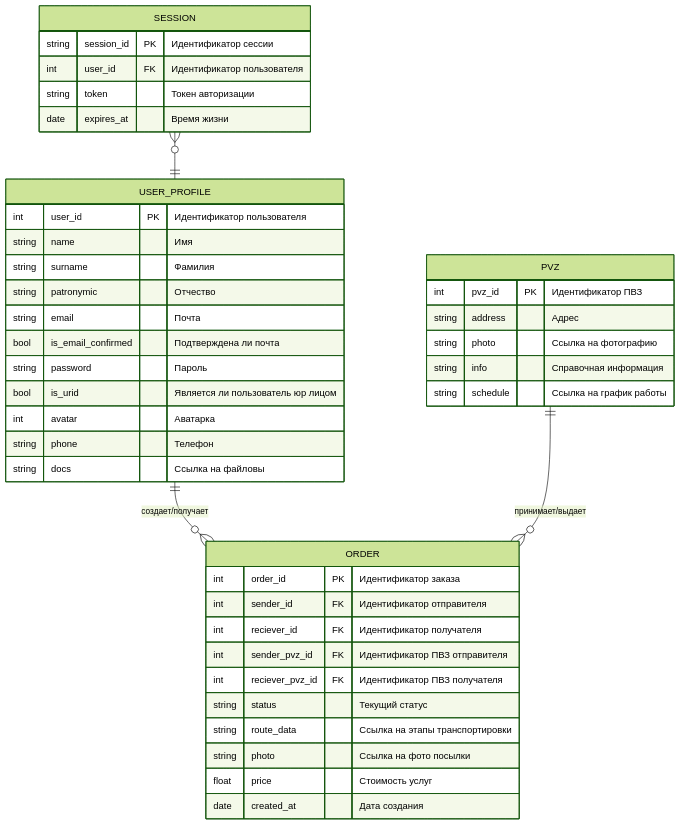
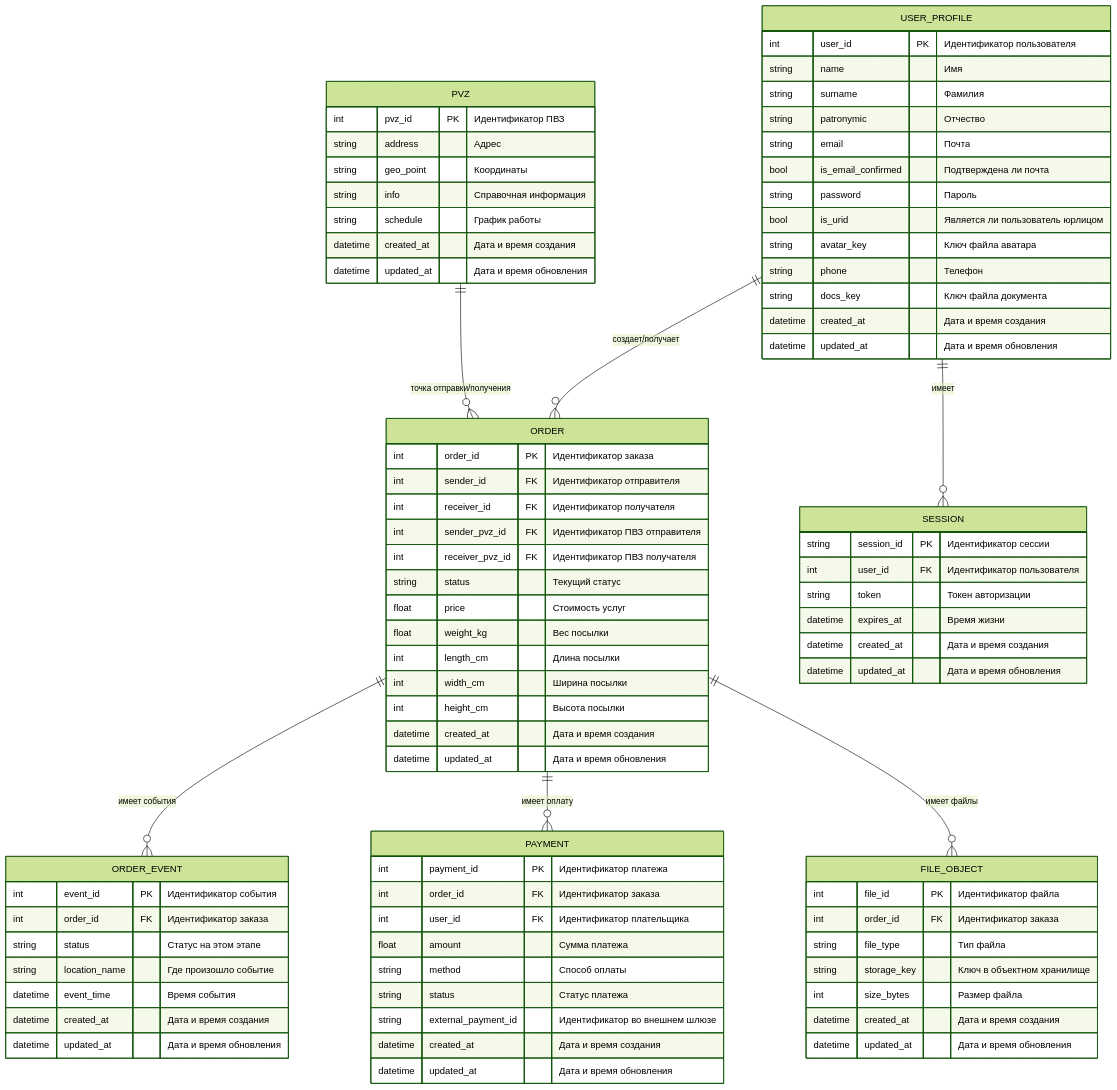
The first of 2 diagrams in README.md (niggumin/highload), drawn with Mermaid (forest theme) before and after one commit. The commit also changed other lines of this file, not shown here.

````diff
--- a/README.md
+++ b/README.md
@@ -175,8 +175,11 @@
 ```mermaid
 erDiagram
     USER_PROFILE ||--o{ ORDER : "создает/получает"
-    PVZ ||--o{ ORDER : "принимает/выдает"
-    SESSION }o--|| USER_PROFILE : ""
+    USER_PROFILE ||--o{ SESSION : "имеет"
+    PVZ ||--o{ ORDER : "точка отправки/получения"
+    ORDER ||--o{ ORDER_EVENT : "имеет события"
+    ORDER ||--o{ PAYMENT : "имеет оплату"
+    ORDER ||--o{ FILE_OBJECT : "имеет файлы"
 
     USER_PROFILE {
         int user_id PK "Идентификатор пользователя"
@@ -186,37 +189,78 @@
         string email "Почта"
         bool is_email_confirmed "Подтверждена ли почта"
         string password "Пароль"
-        bool is_urid "Является ли пользователь юр лицом"
-        int avatar "Аватарка"
+        bool is_urid "Является ли пользователь юрлицом"
+        string avatar_key "Ключ файла аватара"
         string phone "Телефон"
-        string docs "Ссылка на файловы"
+        string docs_key "Ключ файла документа"
+        datetime created_at "Дата и время создания"
+        datetime updated_at "Дата и время обновления"
     }
 
     ORDER {
         int order_id PK "Идентификатор заказа"
         int sender_id FK "Идентификатор отправителя"
-        int reciever_id FK "Идентификатор получателя"
+        int receiver_id FK "Идентификатор получателя"
         int sender_pvz_id FK "Идентификатор ПВЗ отправителя"
-        int reciever_pvz_id FK "Идентификатор ПВЗ получателя"
+        int receiver_pvz_id FK "Идентификатор ПВЗ получателя"
         string status "Текущий статус"
-        string route_data "Ссылка на этапы транспортировки"
-        string photo "Ссылка на фото посылки"
         float price "Стоимость услуг"
-        date created_at "Дата создания"
+        float weight_kg "Вес посылки"
+        int length_cm "Длина посылки"
+        int width_cm "Ширина посылки"
+        int height_cm "Высота посылки"
+        datetime created_at "Дата и время создания"
+        datetime updated_at "Дата и время обновления"
+    }
+
+    ORDER_EVENT {
+        int event_id PK "Идентификатор события"
+        int order_id FK "Идентификатор заказа"
+        string status "Статус на этом этапе"
+        string location_name "Где произошло событие"
+        datetime event_time "Время события"
+        datetime created_at "Дата и время создания"
+        datetime updated_at "Дата и время обновления"
+    }
+
+    PAYMENT {
+        int payment_id PK "Идентификатор платежа"
+        int order_id FK "Идентификатор заказа"
+        int user_id FK "Идентификатор плательщика"
+        float amount "Сумма платежа"
+        string method "Способ оплаты"
+        string status "Статус платежа"
+        string external_payment_id "Идентификатор во внешнем шлюзе"
+        datetime created_at "Дата и время создания"
+        datetime updated_at "Дата и время обновления"
     }
 
     PVZ {
         int pvz_id PK "Идентификатор ПВЗ"
         string address "Адрес"
-        string photo "Ссылка на фотографию"
+        string geo_point "Координаты"
         string info "Справочная информация"
-        string schedule "Ссылка на график работы"
+        string schedule "График работы"
+        datetime created_at "Дата и время создания"
+        datetime updated_at "Дата и время обновления"
     }
 
     SESSION {
         string session_id PK "Идентификатор сессии"
         int user_id FK "Идентификатор пользователя"
         string token "Токен авторизации"
-        date expires_at "Время жизни"
+        datetime expires_at "Время жизни"
+        datetime created_at "Дата и время создания"
+        datetime updated_at "Дата и время обновления"
+    }
+
+    FILE_OBJECT {
+        int file_id PK "Идентификатор файла"
+        int order_id FK "Идентификатор заказа"
+        string file_type "Тип файла"
+        string storage_key "Ключ в объектном хранилище"
+        int size_bytes "Размер файла"
+        datetime created_at "Дата и время создания"
+        datetime updated_at "Дата и время обновления"
     }
 ```
````
